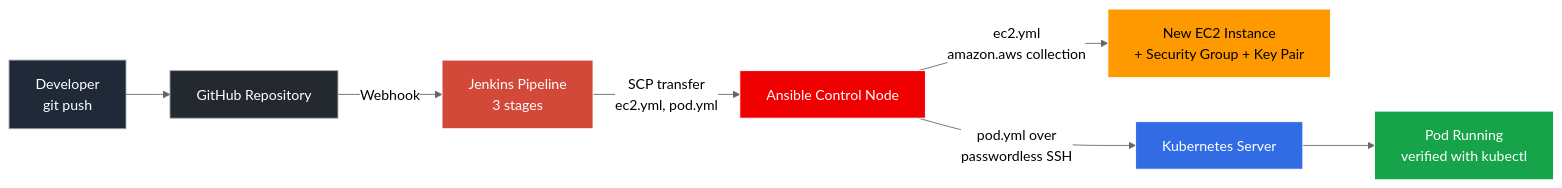
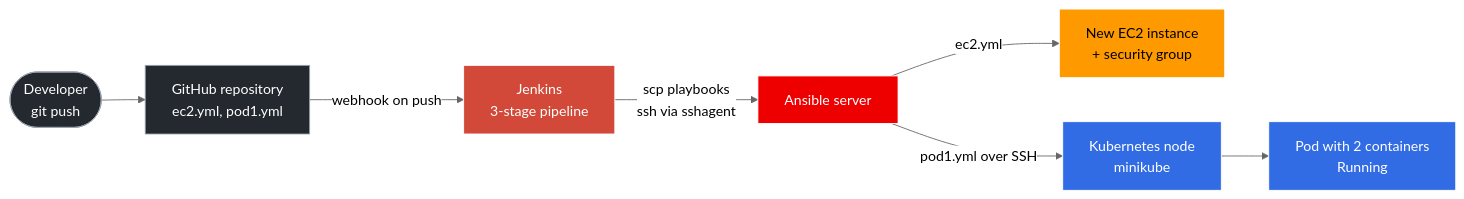
Before and after one commit to PushpenderKumar7505/PushpenderKumar7505: the first of 9 diagrams in README.md, drawn with Mermaid (neutral theme). The commit also changed other lines of this file, not shown here.

````diff
--- a/README.md
+++ b/README.md
@@ -102,17 +110,20 @@
 ```mermaid
 flowchart LR
-    DEV["Developer<br/>git push"] --> GH["GitHub Repository"]
-    GH -->|"Webhook"| J["Jenkins Pipeline<br/>3 stages"]
-    J -->|"SCP transfer<br/>ec2.yml, pod.yml"| A["Ansible Control Node"]
-    A -->|"ec2.yml<br/>amazon.aws collection"| EC2["New EC2 Instance<br/>+ Security Group + Key Pair"]
-    A -->|"pod.yml over<br/>passwordless SSH"| K["Kubernetes Server"]
-    K --> P["Pod Running<br/>verified with kubectl"]
+    DEV(["Developer<br/>git push"]) --> GH["GitHub repository<br/>ec2.yml, pod1.yml"]
+    GH -->|"webhook on push"| JEN["Jenkins<br/>3-stage pipeline"]
+    JEN -->|"scp playbooks<br/>ssh via sshagent"| ANS["Ansible server"]
+    ANS -->|"ec2.yml"| EC2["New EC2 instance<br/>+ security group"]
+    ANS -->|"pod1.yml over SSH"| K8S["Kubernetes node<br/>minikube"]
+    K8S --> POD["Pod with 2 containers<br/>Running"]
 
-    style DEV fill:#1f2937,stroke:#9ca3af,color:#fff
-    style GH fill:#24292f,stroke:#9ca3af,color:#fff
-    style J fill:#d24939,stroke:#fff,color:#fff
-    style A fill:#ee0000,stroke:#fff,color:#fff
-    style EC2 fill:#ff9900,stroke:#fff,color:#000
-    style K fill:#326ce5,stroke:#fff,color:#fff
-    style P fill:#16a34a,stroke:#fff,color:#fff
+    classDef src fill:#24292f,stroke:#9ca3af,color:#fff
+    classDef ci fill:#d24939,stroke:#fff,color:#fff
+    classDef cm fill:#ee0000,stroke:#fff,color:#fff
+    classDef aws fill:#ff9900,stroke:#fff,color:#000
+    classDef k8s fill:#326ce5,stroke:#fff,color:#fff
+    class DEV,GH src
+    class JEN ci
+    class ANS cm
+    class EC2 aws
+    class K8S,POD k8s
 ```
````
